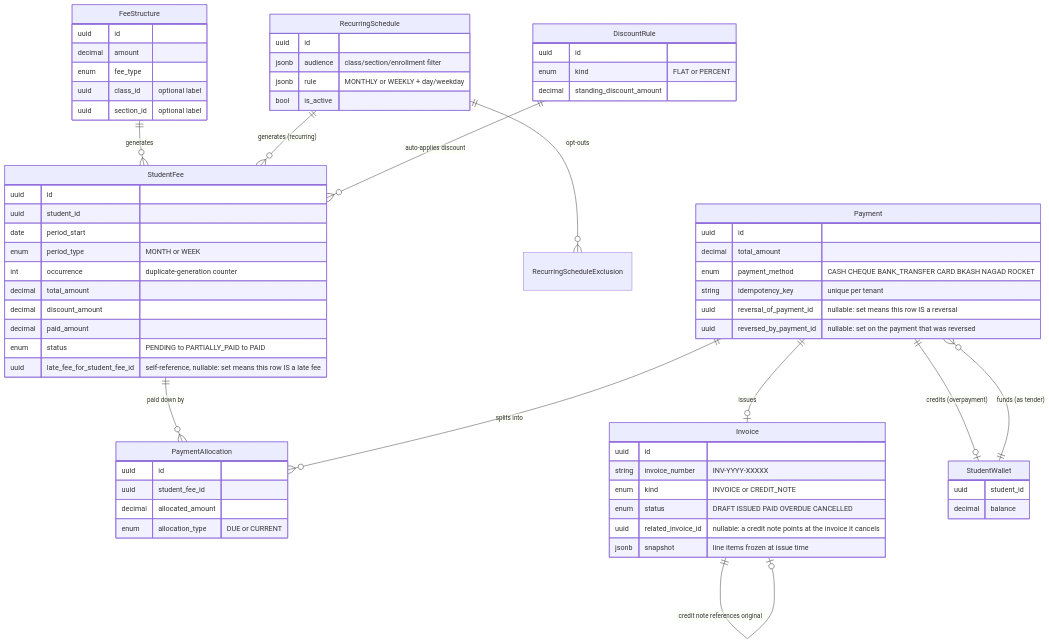
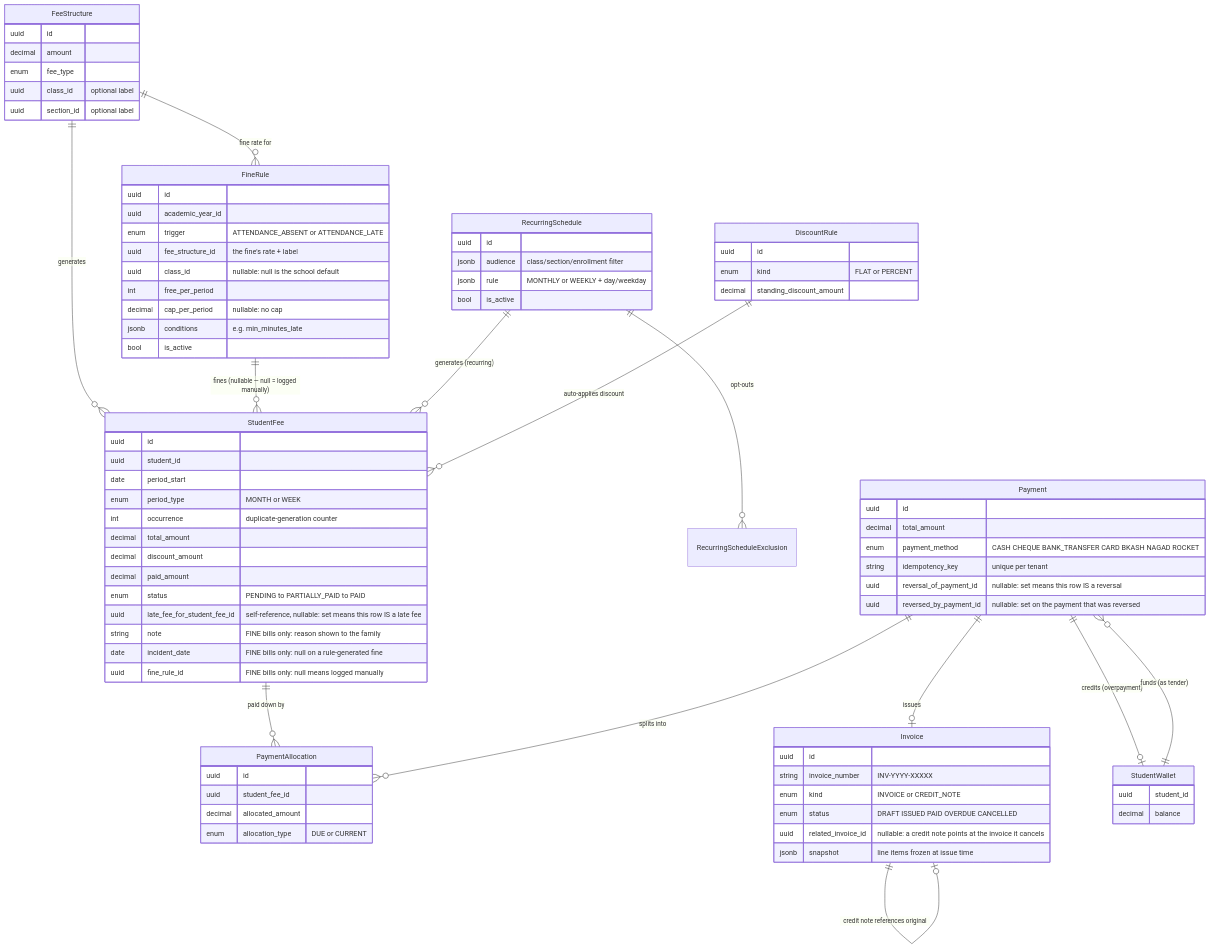
The first of 6 diagrams in docs/architecture/04-fees-payments-invoices.md (tareq89/biddaloy), drawn with Mermaid before and after one commit. The commit also changed other lines of this file and 3 other files, not shown here.

First line of the commit message:
docs(fines): document Epic 38 fines flow, UX placement, and domain model (38.5.2)

````diff
--- a/docs/architecture/04-fees-payments-invoices.md
+++ b/docs/architecture/04-fees-payments-invoices.md
@@ -10,6 +10,8 @@
 ```mermaid
 erDiagram
     FeeStructure ||--o{ StudentFee : "generates"
+    FeeStructure ||--o{ FineRule : "fine rate for"
+    FineRule ||--o{ StudentFee : "fines (nullable — null = logged manually)"
     RecurringSchedule ||--o{ StudentFee : "generates (recurring)"
     RecurringSchedule ||--o{ RecurringScheduleExclusion : "opt-outs"
     DiscountRule ||--o{ StudentFee : "auto-applies discount"
@@ -38,6 +40,20 @@
         decimal paid_amount
         enum status "PENDING to PARTIALLY_PAID to PAID"
         uuid late_fee_for_student_fee_id "self-reference, nullable: set means this row IS a late fee"
+        string note "FINE bills only: reason shown to the family"
+        date incident_date "FINE bills only: null on a rule-generated fine"
+        uuid fine_rule_id "FINE bills only: null means logged manually"
+    }
+    FineRule {
+        uuid id
+        uuid academic_year_id
+        enum trigger "ATTENDANCE_ABSENT or ATTENDANCE_LATE"
+        uuid fee_structure_id "the fine's rate + label"
+        uuid class_id "nullable: null is the school default"
+        int free_per_period
+        decimal cap_per_period "nullable: no cap"
+        jsonb conditions "e.g. min_minutes_late"
+        bool is_active
     }
     RecurringSchedule {
         uuid id
````
